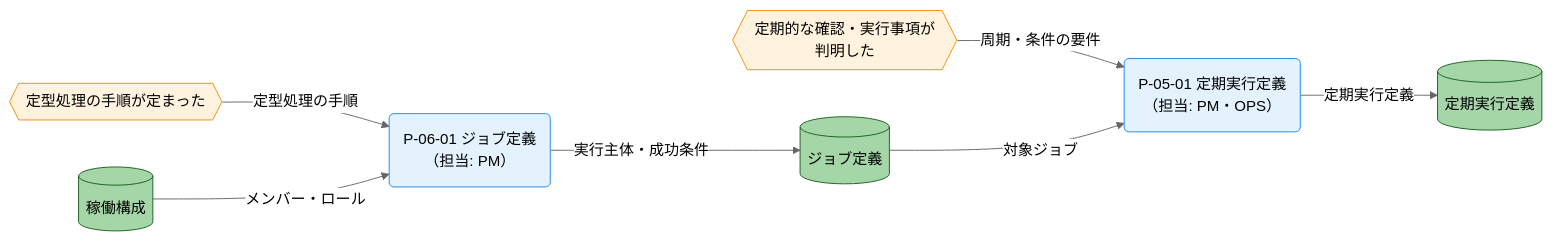
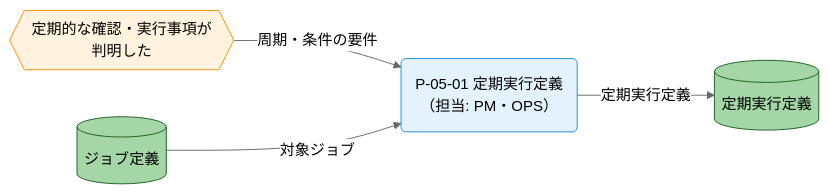
One commit to specdojo/specdojo changed the fourth of 5 diagrams in docs/ja/product/010-business-specs/010-data-flow/cdfd-plan.md. Above: the diagram before and after it, drawn with Mermaid (neutral theme). The commit also changed other lines of this file and 4 other files, not shown here.

Commit message:
exec(T-DATA-FLOW-PDCA-cdfd-plan-075): apply task changes

````diff
--- a/docs/ja/product/010-business-specs/010-data-flow/cdfd-plan.md
+++ b/docs/ja/product/010-business-specs/010-data-flow/cdfd-plan.md
@@ -234,25 +254,19 @@
 ```mermaid
 flowchart LR
   classDef process fill:#e3f2fd,stroke:#1e88e5,color:#000
   classDef event fill:#fff3e0,stroke:#fb8c00,color:#000
   classDef storeMaster fill:#a5d6a7,stroke:#1b5e20,color:#000
 
-  ジョブ契機{{"定型処理の手順が定まった"}}
   定期契機{{"定期的な確認・実行事項が<br>判明した"}}
-  ジョブ定義プロセス("P-06-01 ジョブ定義<br>（担当: PM）")
   定期実行定義プロセス("P-05-01 定期実行定義<br>（担当: PM・OPS）")
-  稼働構成[("稼働構成")]
   ジョブ定義[("ジョブ定義")]
   定期実行定義[("定期実行定義")]
 
-  ジョブ契機 -->|"定型処理の手順"| ジョブ定義プロセス
-  稼働構成 -->|"メンバー・ロール"| ジョブ定義プロセス
-  ジョブ定義プロセス -->|"実行主体・成功条件"| ジョブ定義
   定期契機 -->|"周期・条件の要件"| 定期実行定義プロセス
   ジョブ定義 -->|"対象ジョブ"| 定期実行定義プロセス
   定期実行定義プロセス -->|"定期実行定義"| 定期実行定義
 
-  class ジョブ定義プロセス,定期実行定義プロセス process
-  class ジョブ契機,定期契機 event
-  class 稼働構成,ジョブ定義,定期実行定義 storeMaster
+  class 定期実行定義プロセス process
+  class 定期契機 event
+  class ジョブ定義,定期実行定義 storeMaster
 ```
````
